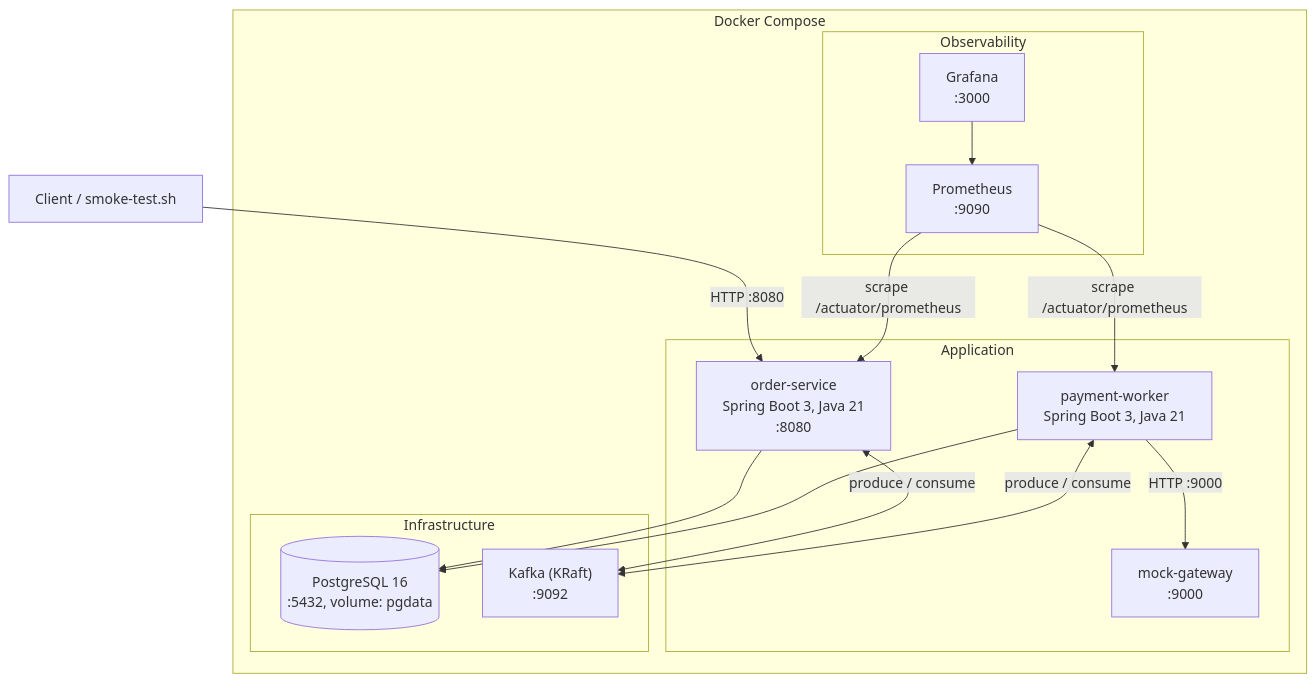
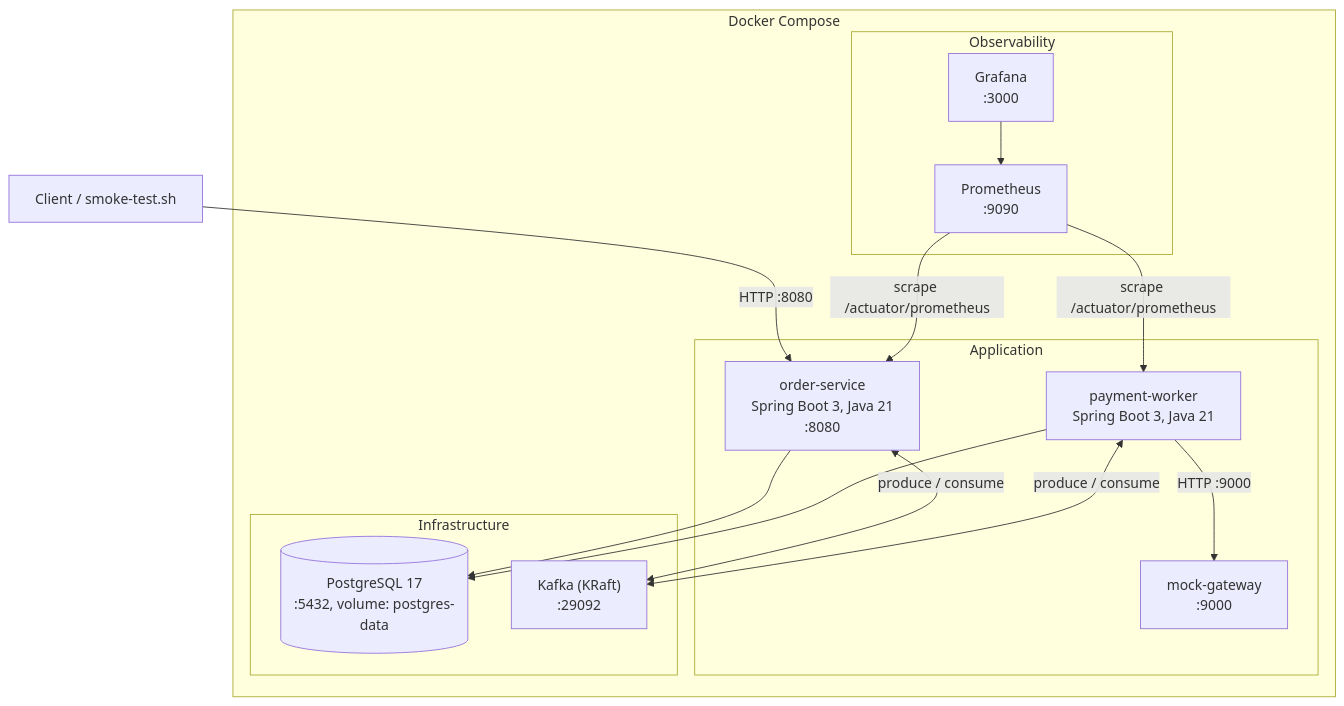
Before and after one commit to LP-0506/PayFlow: the diagram in docs/uml/deployment.md, drawn with Mermaid. The commit also changed other lines of this file, not shown here.

Commit message:
docs: align deployment diagram with the real compose stack
Postgres 17 and Kafka host port 29092 match compose.yml; the note now
points at compose.yml and ops/kubernetes/ instead of a planned
.env.example.

````diff
--- a/docs/uml/deployment.md
+++ b/docs/uml/deployment.md
@@ -3,30 +3,30 @@
 ```mermaid
 flowchart TB
     subgraph compose["Docker Compose"]
         subgraph apps["Application"]
             os["order-service<br/>Spring Boot 3, Java 21<br/>:8080"]
             pw["payment-worker<br/>Spring Boot 3, Java 21"]
             mg["mock-gateway<br/>:9000"]
         end
 
         subgraph infra["Infrastructure"]
-            pg[("PostgreSQL 16<br/>:5432, volume: pgdata")]
-            kf["Kafka (KRaft)<br/>:9092"]
+            pg[("PostgreSQL 17<br/>:5432, volume: postgres-data")]
+            kf["Kafka (KRaft)<br/>:29092"]
         end
 
         subgraph observability["Observability"]
             pr["Prometheus<br/>:9090"]
             gf["Grafana<br/>:3000"]
         end
     end
 
     client["Client / smoke-test.sh"] -->|"HTTP :8080"| os
     os --> pg
     pw --> pg
     os <-->|"produce / consume"| kf
     pw <-->|"produce / consume"| kf
     pw -->|"HTTP :9000"| mg
     pr -->|"scrape /actuator/prometheus"| os
     pr -->|"scrape /actuator/prometheus"| pw
     gf --> pr
 ```
````
